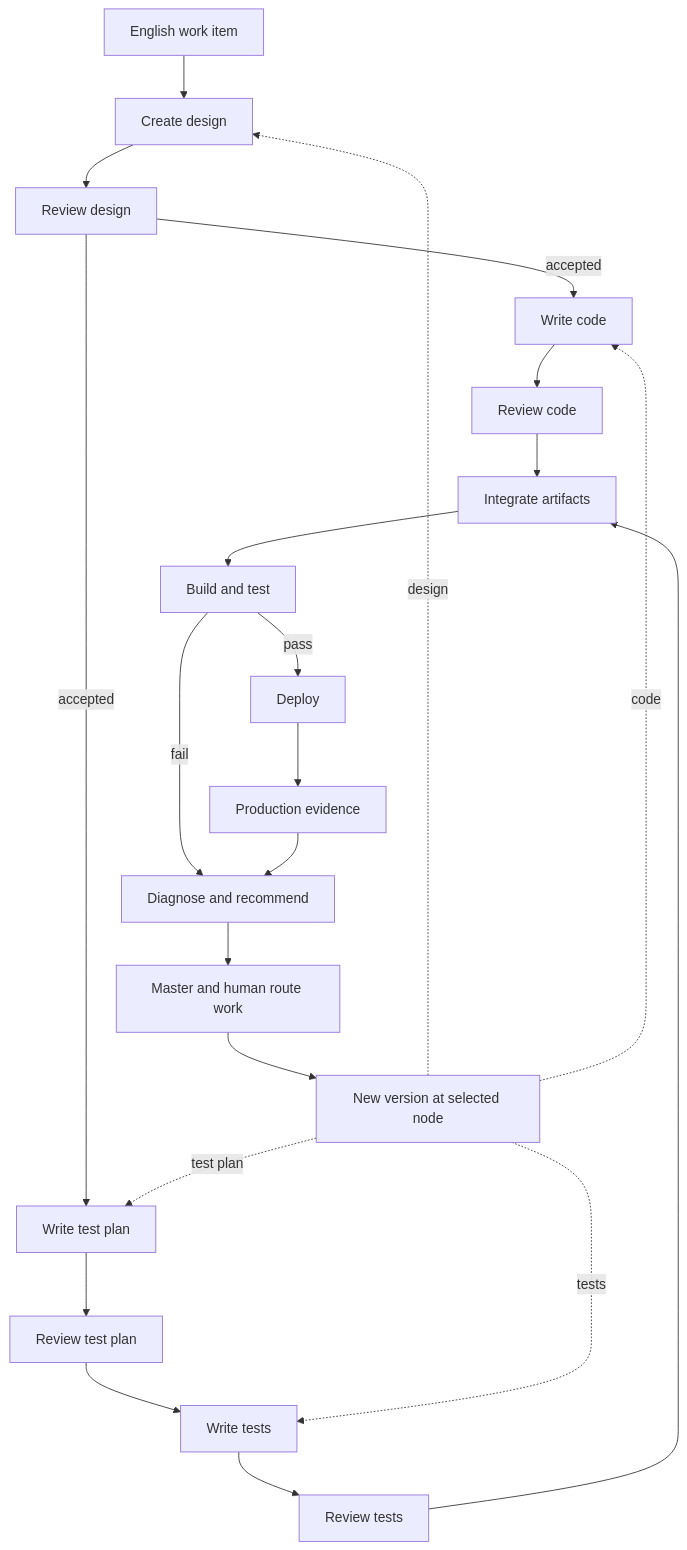
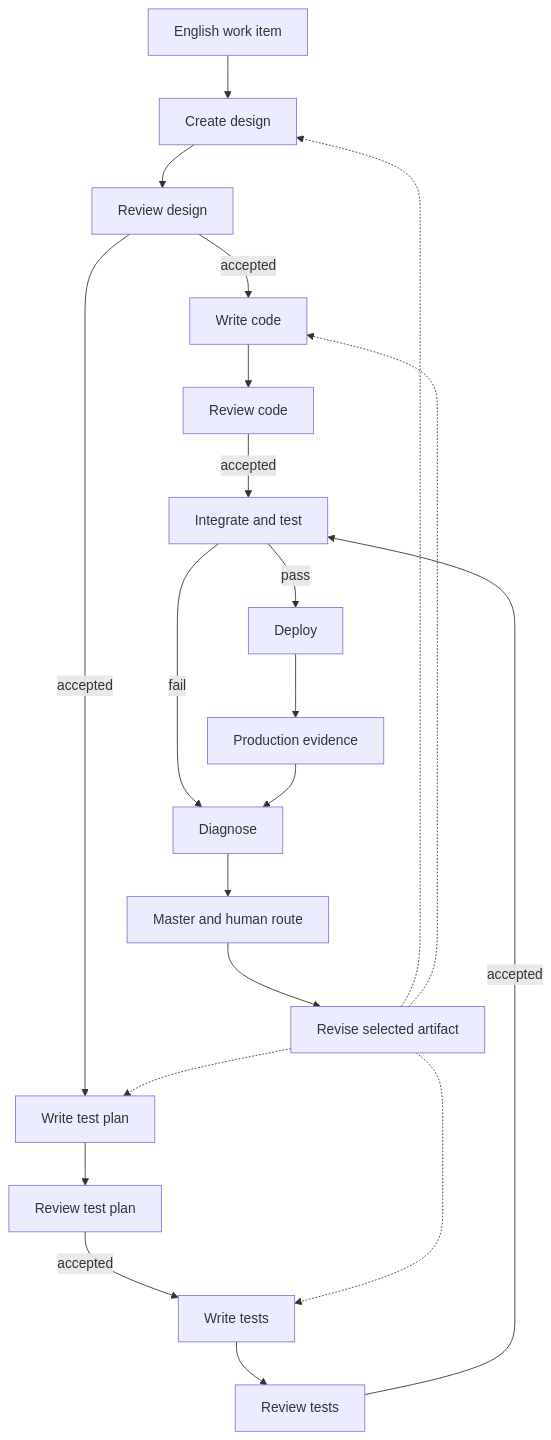
One commit to nedschorus/nedschorus changed the first of 2 diagrams in docs/cross-project/nedschorus-ai-native-software-development.md. Above: the diagram before and after it, drawn with Mermaid. The commit also changed other lines of this file, not shown here.

Commit message:
docs: simplify AI-native architecture with PR260 and PR261 findings

````diff
--- a/docs/cross-project/nedschorus-ai-native-software-development.md
+++ b/docs/cross-project/nedschorus-ai-native-software-development.md
@@ -51,24 +34,23 @@
 ```mermaid
 flowchart TD
-    E["English work item"] --> DC["Create design"]
-    DC --> DR["Review design"]
-    DR -->|accepted| CC["Write code"]
-    DR -->|accepted| TP["Write test plan"]
-    CC --> CR["Review code"]
-    TP --> TPR["Review test plan"]
-    TPR --> TW["Write tests"]
-    TW --> TR["Review tests"]
-    CR --> I["Integrate artifacts"]
-    TR --> I
-    I --> X["Build and test"]
-    X -->|pass| DP["Deploy"]
-    DP --> O["Production evidence"]
-    X -->|fail| DG["Diagnose and recommend"]
-    O --> DG
-    DG --> H["Master and human route work"]
-    H --> N["New version at selected node"]
-    N -. design .-> DC
-    N -. code .-> CC
-    N -. test plan .-> TP
-    N -. tests .-> TW
+    W["English work item"] --> D["Create design"]
+    D --> DR["Review design"]
+    DR -->|accepted| C["Write code"]
+    DR -->|accepted| P["Write test plan"]
+    C --> CR["Review code"]
+    P --> PR["Review test plan"]
+    PR -->|accepted| T["Write tests"]
+    T --> TR["Review tests"]
+    CR -->|accepted| I["Integrate and test"]
+    TR -->|accepted| I
+    I -->|pass| R["Deploy"]
+    R --> E["Production evidence"]
+    I -->|fail| X["Diagnose"]
+    E --> X
+    X --> H["Master and human route"]
+    H --> N["Revise selected artifact"]
+    N -.-> D
+    N -.-> C
+    N -.-> P
+    N -.-> T
 ```
````
